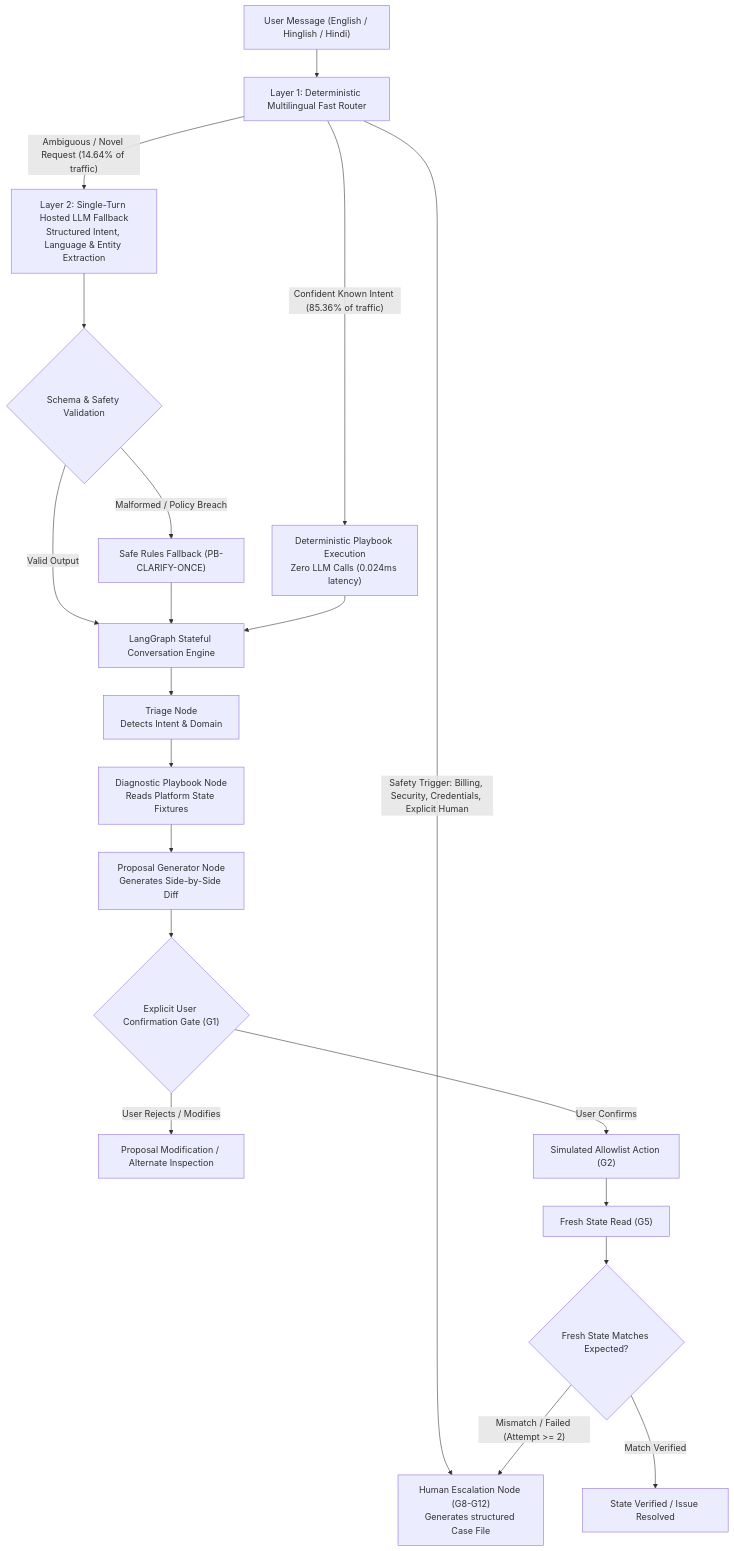
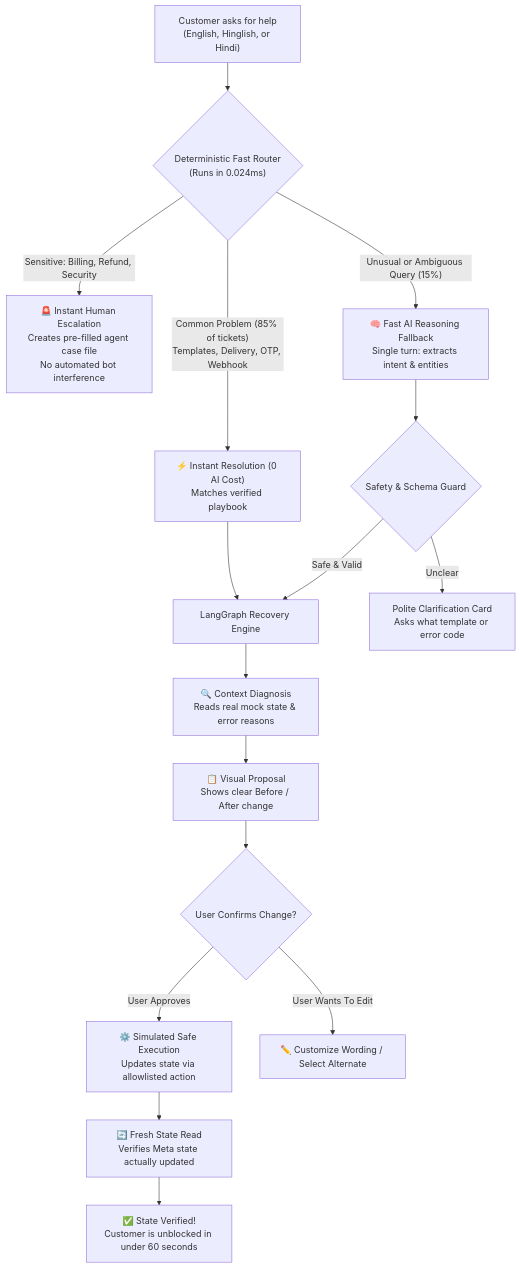
One commit to AdityaP700/Totoro changed the diagram in README.md. Above: the diagram before and after it, drawn with Mermaid. The commit also changed other lines of this file, not shown here.

Commit message:
docs: reframe README as high-conviction product pitch and business case

````diff
--- a/README.md
+++ b/README.md
@@ -24,27 +65,24 @@
 ```mermaid
 flowchart TD
-    UserMsg["User Message (English / Hinglish / Hindi)"] --> Interceptor["Layer 1: Deterministic Multilingual Fast Router"]
+    Customer["Customer asks for help\n(English, Hinglish, or Hindi)"] --> Router{"Deterministic Fast Router\n(Runs in 0.024ms)"}
 
-    Interceptor -->|"Safety Trigger: Billing, Security, Credentials, Explicit Human"| Handoff["Human Escalation Node (G8-G12)\nGenerates structured Case File"]
-    Interceptor -->|"Confident Known Intent (85.36% of traffic)"| FastRoute["Deterministic Playbook Execution\nZero LLM Calls (0.024ms latency)"]
-    Interceptor -->|"Ambiguous / Novel Request (14.64% of traffic)"| Fallback["Layer 2: Single-Turn Hosted LLM Fallback\nStructured Intent, Language & Entity Extraction"]
+    Router -->|"Sensitive: Billing, Refund, Security"| Human["🚨 Instant Human Escalation\nCreates pre-filled agent case file\nNo automated bot interference"]
+    Router -->|"Common Problem (85% of tickets)\nTemplates, Delivery, OTP, Webhook"| FastAction["⚡ Instant Resolution (0 AI Cost)\nMatches verified playbook"]
+    Router -->|"Unusual or Ambiguous Query (15%)"| SmartAI["🧠 Fast AI Reasoning Fallback\nSingle turn: extracts intent & entities"]
 
-    Fallback --> SchemaVal{"Schema & Safety Validation"}
-    SchemaVal -->|"Valid Output"| Graph["LangGraph Stateful Conversation Engine"]
-    SchemaVal -->|"Malformed / Policy Breach"| FallbackRules["Safe Rules Fallback (PB-CLARIFY-ONCE)"]
-    FallbackRules --> Graph
-    FastRoute --> Graph
+    SmartAI --> Validate{"Safety & Schema Guard"}
+    Validate -->|"Safe & Valid"| Engine["LangGraph Recovery Engine"]
+    Validate -->|"Unclear"| Clarify["Polite Clarification Card\nAsks what template or error code"]
 
-    Graph --> TriageNode["Triage Node\nDetects Intent & Domain"]
-    TriageNode --> DiagNode["Diagnostic Playbook Node\nReads Platform State Fixtures"]
-    DiagNode --> PropNode["Proposal Generator Node\nGenerates Side-by-Side Diff"]
+    FastAction --> Engine
 
-    PropNode --> ConfGate{"Explicit User Confirmation Gate (G1)"}
-    ConfGate -->|"User Rejects / Modifies"| EditLoop["Proposal Modification / Alternate Inspection"]
-    ConfGate -->|"User Confirms"| SimAction["Simulated Allowlist Action (G2)"]
+    Engine --> Diagnosis["🔍 Context Diagnosis\nReads real mock state & error reasons"]
+    Diagnosis --> DiffProposal["📋 Visual Proposal\nShows clear Before / After change"]
+    DiffProposal --> Confirm{"User Confirms Change?"}
 
-    SimAction --> FreshRead["Fresh State Read (G5)"]
-    FreshRead --> VerifyCheck{"Fresh State Matches Expected?"}
-    VerifyCheck -->|"Match Verified"| StateVerified["State Verified / Issue Resolved"]
-    VerifyCheck -->|"Mismatch / Failed (Attempt >= 2)"| Handoff
+    Confirm -->|"User Approves"| ApplyFix["⚙️ Simulated Safe Execution\nUpdates state via allowlisted action"]
+    Confirm -->|"User Wants To Edit"| EditOption["✏️ Customize Wording / Select Alternate"]
+
+    ApplyFix --> FreshRead["🔄 Fresh State Read\nVerifies Meta state actually updated"]
+    FreshRead --> Success["✅ State Verified!\nCustomer is unblocked in under 60 seconds"]
 ```
````
